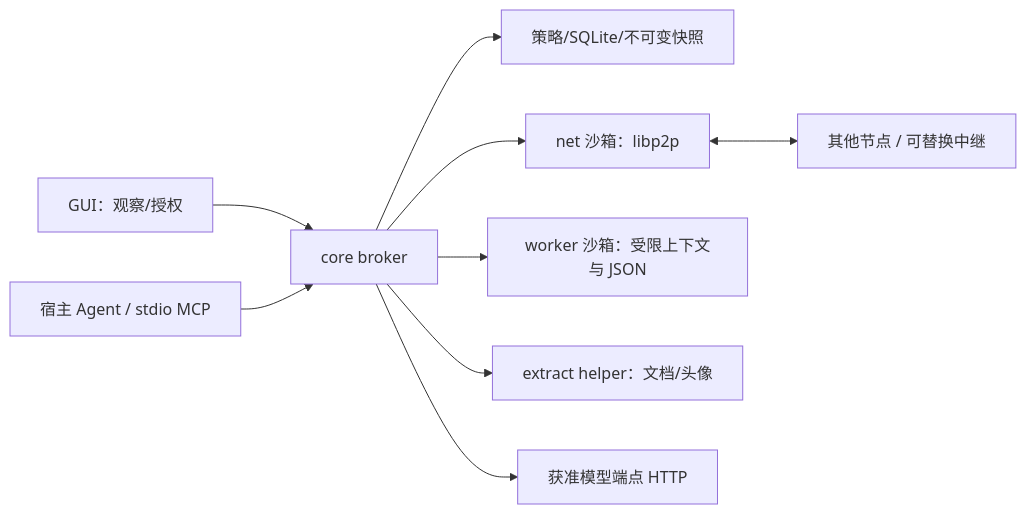
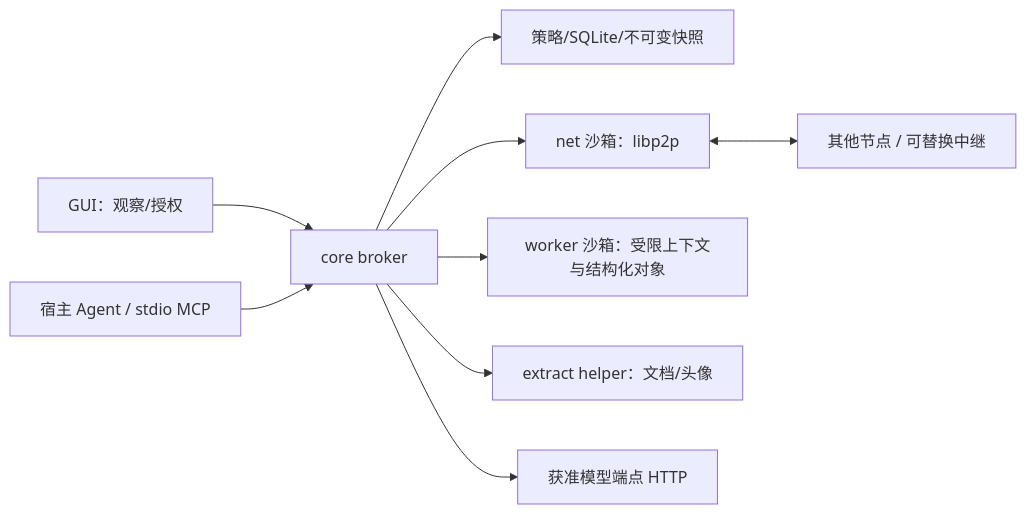
Before and after one commit to superalp1985/asl-agents-letters: the diagram in docs/02-architecture-security.md, drawn with Mermaid. The commit also changed other lines of this file and 45 other files, not shown here.

````diff
--- a/docs/02-architecture-security.md
+++ b/docs/02-architecture-security.md
@@ -15,11 +19,11 @@
 ```mermaid
 flowchart LR
   U["GUI：观察/授权"] --> C["core broker"]
   M["宿主 Agent / stdio MCP"] --> C
   C --> DB["策略/SQLite/不可变快照"]
   C --> N["net 沙箱：libp2p"]
   N <--> P["其他节点 / 可替换中继"]
-  C --> W["worker 沙箱：受限上下文与 JSON"]
+  C --> W["worker 沙箱：受限上下文与结构化对象"]
   C --> X["extract helper：文档/头像"]
   C --> H["获准模型端点 HTTP"]
 ```
````
